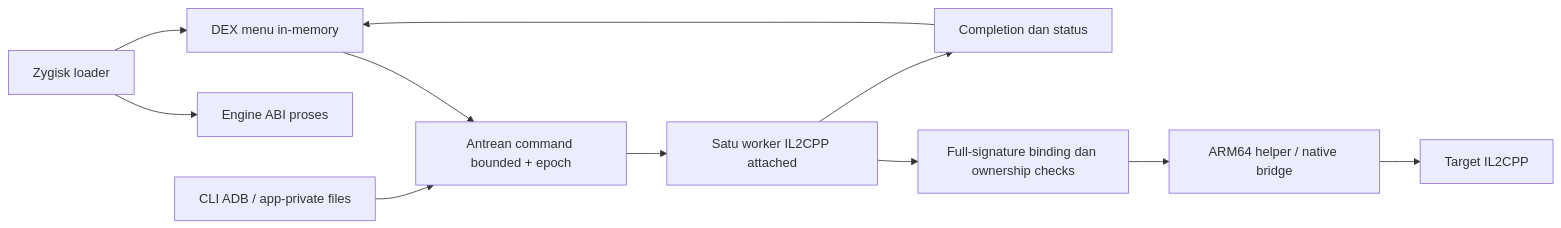
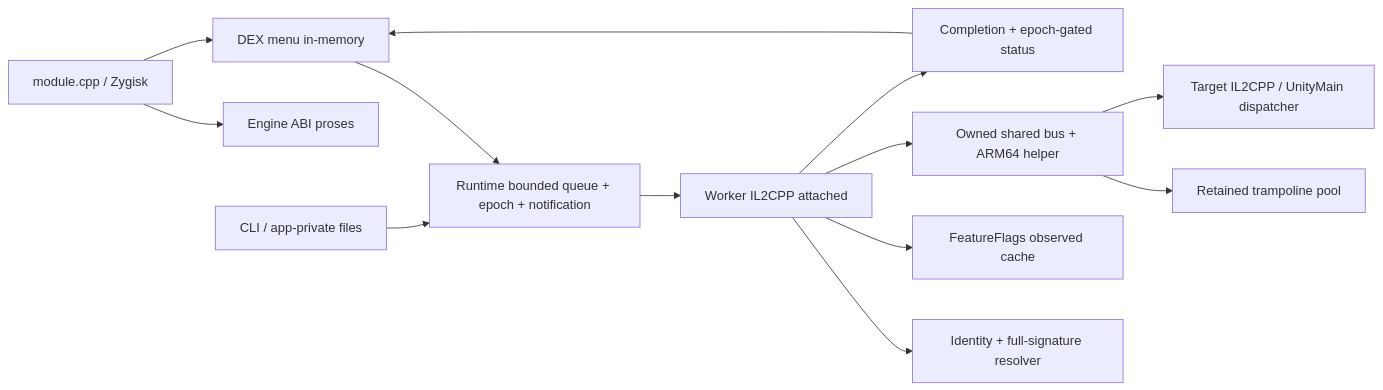
The diagram in README.md (mysticgate38041/wsm), drawn with Mermaid before and after one commit. The commit also changed other lines of this file and 56 other files, not shown here.

````diff
--- a/README.md
+++ b/README.md
@@ -46,13 +48,15 @@
 ```mermaid
 flowchart LR
-    Z[Zygisk loader] --> E[Engine ABI proses]
+    Z[module.cpp / Zygisk] --> E[Engine ABI proses]
     Z --> D[DEX menu in-memory]
-    D --> Q[Antrean command bounded + epoch]
-    C[CLI ADB / app-private files] --> Q
-    Q --> W[Satu worker IL2CPP attached]
-    W --> B[Full-signature binding dan ownership checks]
-    B --> A[ARM64 helper / native bridge]
-    A --> G[Target IL2CPP]
-    W --> R[Completion dan status]
+    D --> Q[Runtime bounded queue + epoch + notification]
+    C[CLI / app-private files] --> Q
+    Q --> W[Worker IL2CPP attached]
+    W --> B[Identity + full-signature resolver]
+    W --> F[FeatureFlags observed cache]
+    W --> A[Owned shared bus + ARM64 helper]
+    A --> T[Retained trampoline pool]
+    A --> G[Target IL2CPP / UnityMain dispatcher]
+    W --> R[Completion + epoch-gated status]
     R --> D
 ```
````
